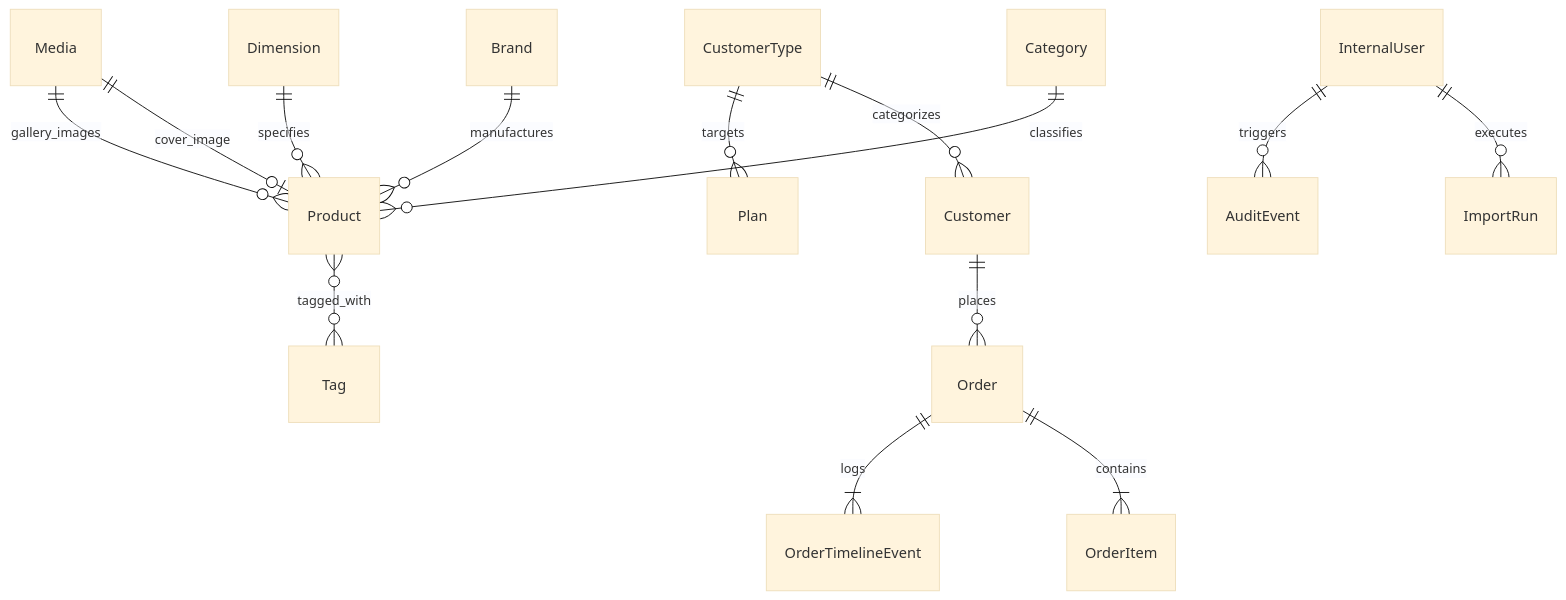
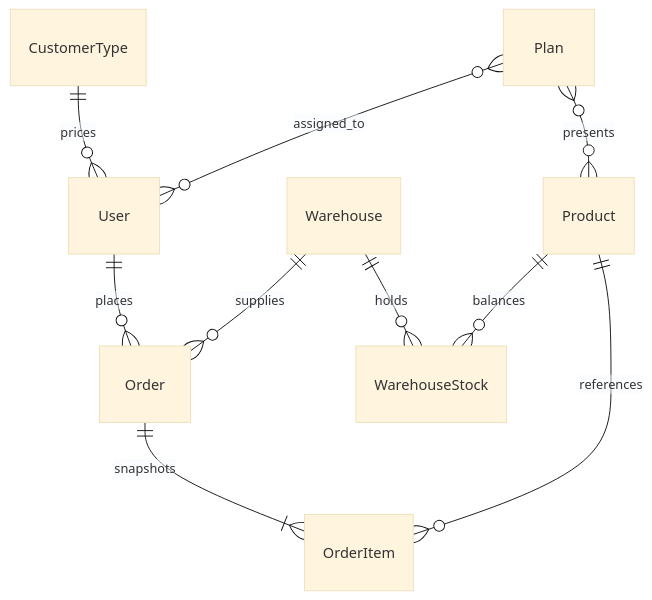
One commit to gecut/persianpartshop.ir changed the diagram in docs/01-domain-models.md. Above: the diagram before and after it, drawn with Mermaid (base theme). The commit also changed other lines of this file and 15 other files, not shown here.

````diff
--- a/docs/01-domain-models.md
+++ b/docs/01-domain-models.md
@@ -9,16 +5,12 @@
 ```mermaid
 erDiagram
-    CustomerType ||--o{ Customer : categorizes
-    Customer ||--o{ Order : places
-    Category ||--o{ Product : classifies
-    Brand ||--o{ Product : manufactures
-    Dimension ||--o{ Product : specifies
-    Product }o--o{ Tag : tagged_with
-    Media ||--o| Product : cover_image
-    Media ||--o{ Product : gallery_images
-    Order ||--|{ OrderItem : contains
-    Order ||--|{ OrderTimelineEvent : logs
-    InternalUser ||--o{ ImportRun : executes
-    InternalUser ||--o{ AuditEvent : triggers
-    CustomerType ||--o{ Plan : targets
+    CustomerType ||--o{ User : prices
+    User ||--o{ Order : places
+    Warehouse ||--o{ Order : supplies
+    Warehouse ||--o{ WarehouseStock : holds
+    Product ||--o{ WarehouseStock : balances
+    Order ||--|{ OrderItem : snapshots
+    Product ||--o{ OrderItem : references
+    Plan }o--o{ User : assigned_to
+    Plan }o--o{ Product : presents
 ```
````
